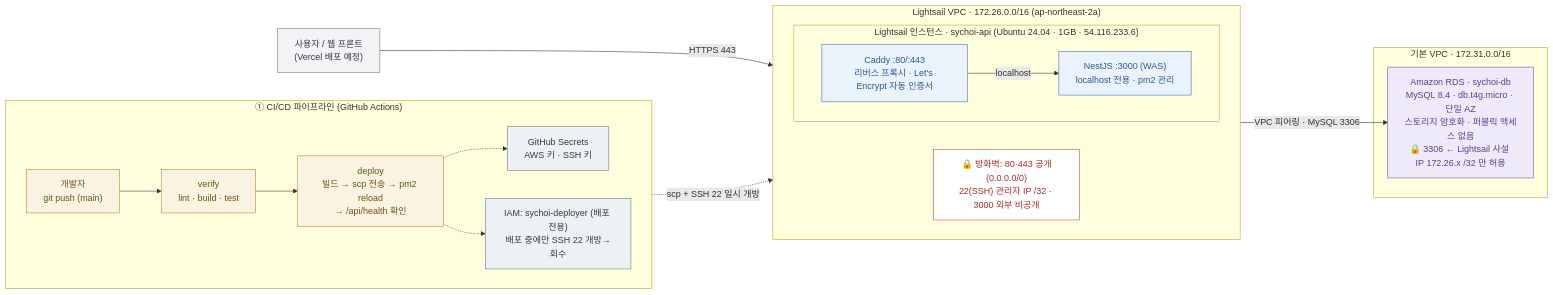
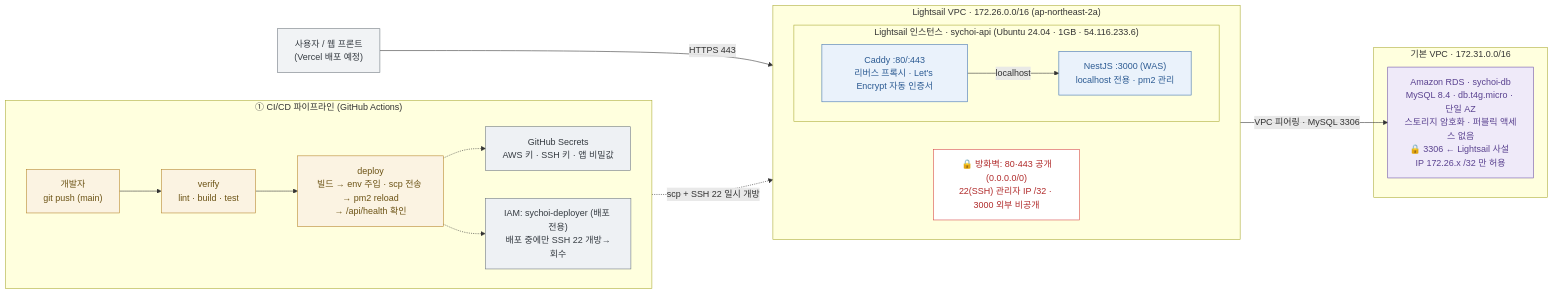
The diagram in server/docs/infra-architecture.mmd (neordinary-hackathon-2/nerodinary_hackathon), drawn with Mermaid before and after one commit. The commit also changed 11 other files, not shown here.

First line of the commit message:
chore: 운영 환경변수를 GitHub Secrets/Variables에서 배포 시 주입

```diff
--- a/server/docs/infra-architecture.mmd
+++ b/server/docs/infra-architecture.mmd
@@ -1,59 +1,59 @@
 %% AWS 인프라 구성도 — Ne(o)rdinary Hackathon (서버 파트)
 %% 수정용 소스. mermaid.live 또는 VS Code Mermaid 확장에서 열어 편집하세요.
 %% 최종 제출 이미지는 infra-architecture.svg / infra-architecture.png 를 사용합니다.
 flowchart LR
     user["사용자 / 웹 프론트<br/>(Vercel 배포 예정)"]
 
     subgraph cicd["① CI/CD 파이프라인 (GitHub Actions)"]
         direction LR
         dev["개발자<br/>git push (main)"]
         verify["verify<br/>lint · build · test"]
-        deploy["deploy<br/>빌드 → scp 전송 → pm2 reload<br/>→ /api/health 확인"]
-        secrets["GitHub Secrets<br/>AWS 키 · SSH 키"]
+        deploy["deploy<br/>빌드 → env 주입 · scp 전송 → pm2 reload<br/>→ /api/health 확인"]
+        secrets["GitHub Secrets<br/>AWS 키 · SSH 키 · 앱 비밀값"]
         iam["IAM: sychoi-deployer (배포 전용)<br/>배포 중에만 SSH 22 개방→회수"]
         dev --> verify --> deploy
         deploy -.-> secrets
         deploy -.-> iam
     end
 
     subgraph lsvpc["Lightsail VPC · 172.26.0.0/16 (ap-northeast-2a)"]
         direction LR
         fw["🔒 방화벽: 80·443 공개(0.0.0.0/0)<br/>22(SSH) 관리자 IP /32 · 3000 외부 비공개"]
         subgraph inst["Lightsail 인스턴스 · sychoi-api (Ubuntu 24.04 · 1GB · 54.116.233.6)"]
             direction LR
             caddy["Caddy :80/:443<br/>리버스 프록시 · Let's Encrypt 자동 인증서"]
             nest["NestJS :3000 (WAS)<br/>localhost 전용 · pm2 관리"]
             caddy -->|localhost| nest
         end
     end
 
     subgraph defvpc["기본 VPC · 172.31.0.0/16"]
         rds["Amazon RDS · sychoi-db<br/>MySQL 8.4 · db.t4g.micro · 단일 AZ<br/>스토리지 암호화 · 퍼블릭 액세스 없음<br/>🔒 3306 ← Lightsail 사설 IP 172.26.x /32 만 허용"]
     end
 
     user -->|HTTPS 443| caddy
     nest -->|VPC 피어링 · MySQL 3306| rds
     deploy -.->|scp + SSH 22 일시 개방| inst
 
     classDef front fill:#F1F3F5,stroke:#6C757D,color:#343a40;
     classDef ci fill:#FBF3E2,stroke:#B5842A,color:#6b5214;
     classDef sec fill:#EEF1F4,stroke:#6C757D,color:#343a40;
     classDef comp fill:#EAF2FB,stroke:#3B6FB0,color:#2b5a92;
     classDef db fill:#EFEAF9,stroke:#6B4FA8,color:#59418f;
     classDef fwcls fill:#ffffff,stroke:#D64545,color:#b02a2a;
     class user front;
     class dev,verify,deploy ci;
     class secrets,iam sec;
     class caddy,nest comp;
     class rds db;
     class fw fwcls;
 
 %% ─────────────────────────────────────────────
 %% 인프라 심사 항목 충족 지점
 %%  • WAS/DB 분리 : Lightsail(NestJS) ↔ RDS, 서로 다른 VPC + 피어링
 %%  • HTTPS 적용 : Caddy + Let's Encrypt 자동 인증서(443)
 %%  • DB 포트 외부 비노출 : RDS 퍼블릭 액세스 없음, 3306 사설 IP /32 만
 %%  • 불필요한 포트 비공개 : 80·443만 공개, 3000 비공개, SSH 22 한시 개방
 %%  • CI/CD 자동화 : GitHub Actions verify → deploy → health check
-%%  • 민감정보 관리 : .env.production(600), AWS·SSH 키는 GitHub Secrets
+%%  • 민감정보 관리 : 비밀값은 모두 GitHub Secrets, 배포 때 .env.production(600)으로 주입
 %% ─────────────────────────────────────────────
```
